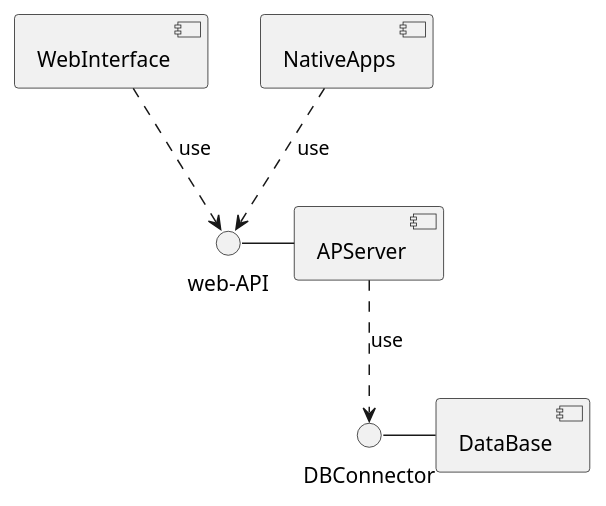
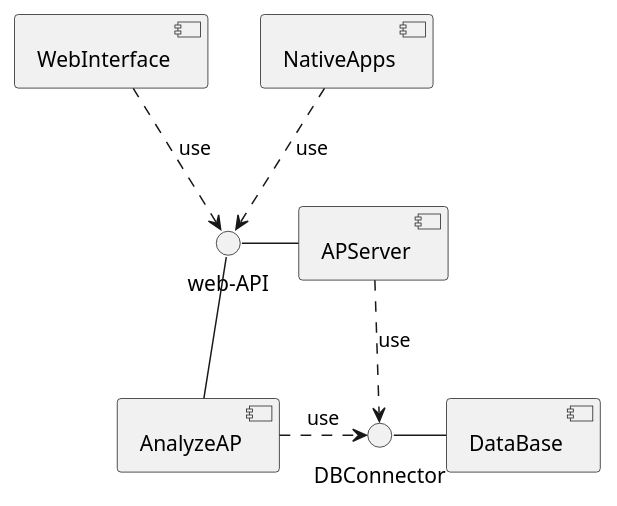
Before and after one commit to filunK/choikini: the diagram in design/01-requirement/01-02_CP_component.puml, drawn with PlantUML. The commit also changed 3 other files, not shown here.

```diff
--- a/design/01-requirement/01-02_CP_component.puml
+++ b/design/01-requirement/01-02_CP_component.puml
@@ -1,25 +1,28 @@
 @startuml 01-02-CP_コンポネント図
     skinparam componentStyle uml2 
 
     'コンポネント
     [WebInterface] as WEB
     [APServer] as AP
+    [AnalyzeAP] as ANALYZE
     [DataBase] as DB
 
     [NativeApps] as NATIVE
 
     'インターフェース
     () "web-API" as api
     () "DBConnector" as connector
 
     'コンポネントとインターフェースの紐づけ
     api - AP
+    api -- ANALYZE
     connector - DB
 
     'コンポネントのリレーション
     WEB ..> api: use
     AP ..> connector: use
+    ANALYZE .> connector: use
 
     NATIVE ..> api: use
 
 @enduml
```
